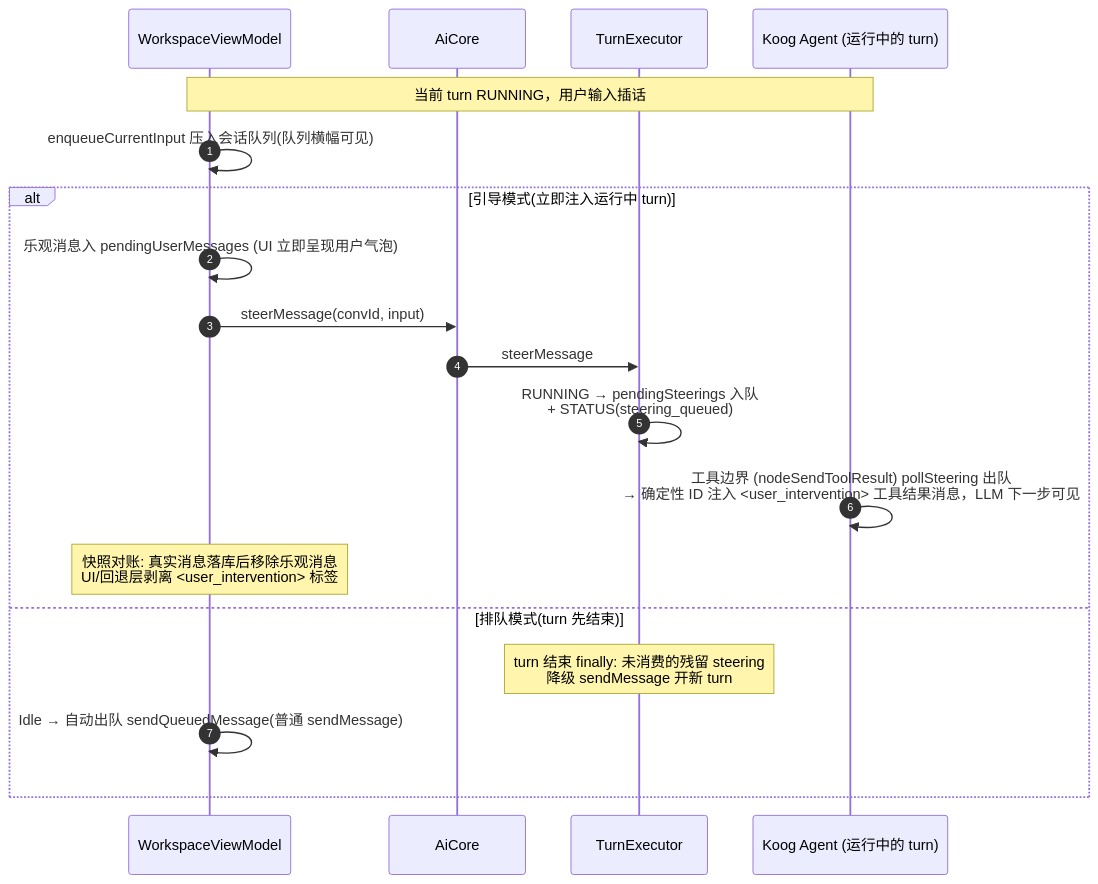
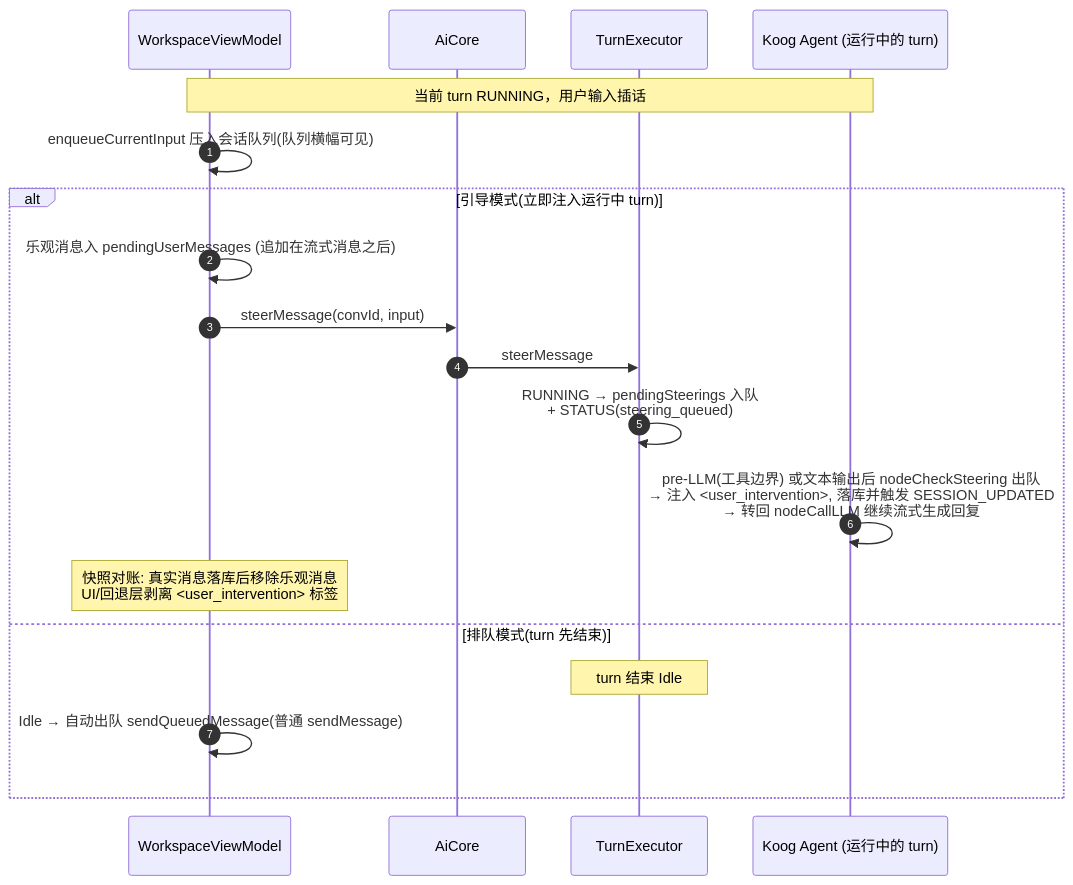
One commit to lzdev42/mederi changed the third of 18 diagrams in docs/architecture/04-flows.md. Above: the diagram before and after it, drawn with Mermaid. The commit also changed other lines of this file and 131 other files, not shown here.

````diff
--- a/docs/architecture/04-flows.md
+++ b/docs/architecture/04-flows.md
@@ -138,22 +143,22 @@
 ```mermaid
 sequenceDiagram
     autonumber
     participant VM as WorkspaceViewModel
     participant AC as AiCore
     participant TE as TurnExecutor
     participant K as Koog Agent (运行中的 turn)
 
     Note over VM,K: 当前 turn RUNNING，用户输入插话
     VM->>VM: enqueueCurrentInput 压入会话队列(队列横幅可见)
     alt 引导模式(立即注入运行中 turn)
-        VM->>VM: 乐观消息入 pendingUserMessages (UI 立即呈现用户气泡)
+        VM->>VM: 乐观消息入 pendingUserMessages (追加在流式消息之后)
         VM->>AC: steerMessage(convId, input)
         AC->>TE: steerMessage
         TE->>TE: RUNNING → pendingSteerings 入队<br/>+ STATUS(steering_queued)
-        K->>K: 工具边界 (nodeSendToolResult) pollSteering 出队<br/>→ 确定性 ID 注入 <user_intervention> 工具结果消息，LLM 下一步可见
+        K->>K: pre-LLM(工具边界) 或文本输出后 nodeCheckSteering 出队<br/>→ 注入 <user_intervention>, 落库并触发 SESSION_UPDATED<br/>→ 转回 nodeCallLLM 继续流式生成回复
         Note over VM: 快照对账: 真实消息落库后移除乐观消息<br/>UI/回退层剥离 <user_intervention> 标签
     else 排队模式(turn 先结束)
-        Note over TE: turn 结束 finally: 未消费的残留 steering<br/>降级 sendMessage 开新 turn
+        Note over TE: turn 结束 Idle
         VM->>VM: Idle → 自动出队 sendQueuedMessage(普通 sendMessage)
     end
 ```
````
